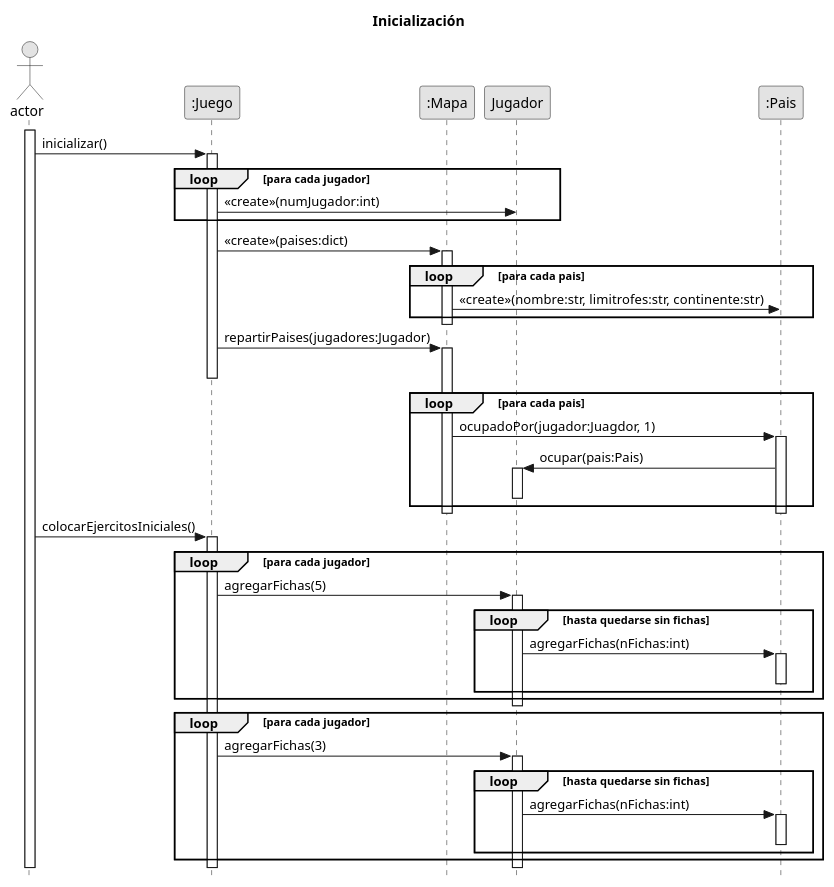
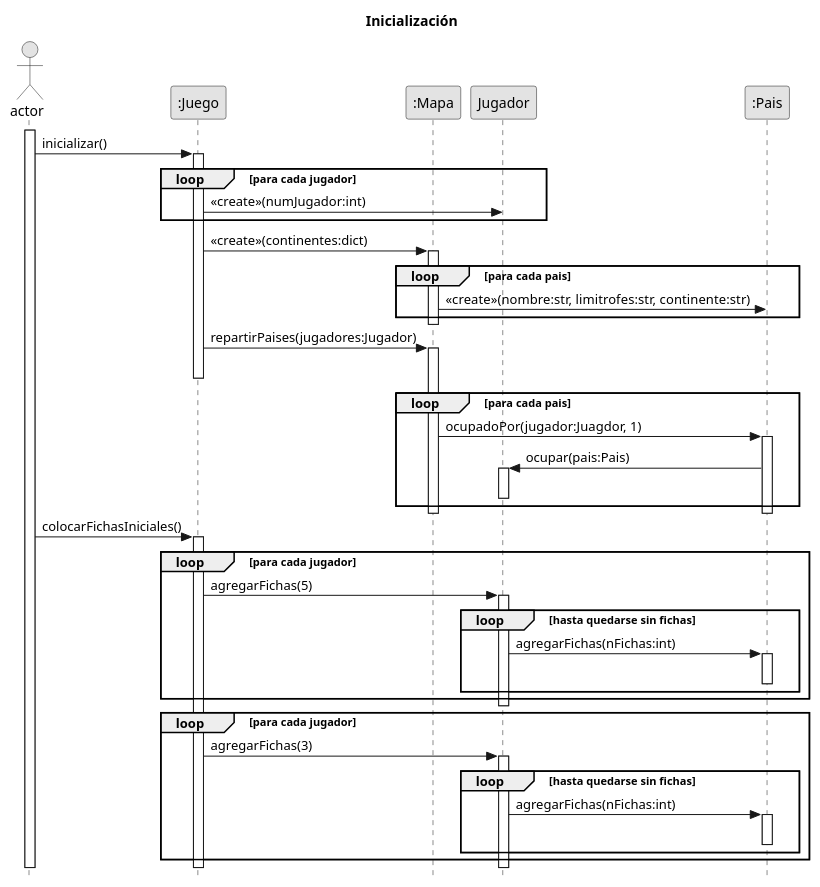
Before and after one commit to Gabrielsem/A.L.T.E.G.O.: the diagram in UML/inicializacion.plantuml, drawn with PlantUML. The commit also changed 3 other files, not shown here.

Commit message:
update Juego y mapa (inicializacion hardcodeada)

```diff
--- a/UML/inicializacion.plantuml
+++ b/UML/inicializacion.plantuml
@@ -1,81 +1,81 @@
 @startuml
 /'title Inicialización
 skinparam responseMessageBelowArrow true
 skinparam monochrome true
 skinparam style strictuml
 hide footbox
 
 Actor actor
 participant juego as ":Juego"
 participant jug as "Jugador"
 participant pais as ":Pais"
 
 actor ++
 actor -> juego ++: agregarPaises(paises)
 
 actor -> juego: inicializar()
 
 loop para cada pais
     juego -> jug: ocupar(pais)
     juego -> pais: ocupadoPor(jugador, 1)
 end loop
 '/
 
 title Inicialización
 skinparam responseMessageBelowArrow true
 skinparam monochrome true
 skinparam style strictuml
 hide footbox
 
 Actor actor
 participant juego as ":Juego"
 participant mapa as ":Mapa"
 participant jug as "Jugador"
 participant pais as ":Pais"
 
 actor ++
 actor -> juego++: inicializar()
 
 loop para cada jugador
     juego -> jug: <<create>>(numJugador:int)
 end loop
 
-juego -> mapa++: <<create>>(paises:dict)
+juego -> mapa++: <<create>>(continentes:dict)
 
 loop para cada pais
     mapa -> pais: <<create>>(nombre:str, limitrofes:str, continente:str)
 end loop
 mapa--
 
 juego -> mapa++: repartirPaises(jugadores:Jugador)
 juego--
 
 loop para cada pais
     mapa -> pais++: ocupadoPor(jugador:Juagdor, 1)
     pais -> jug++: ocupar(pais:Pais)
     jug--
 end loop
 mapa--
 pais--
 
-actor -> juego++: colocarEjercitosIniciales()
+actor -> juego++: colocarFichasIniciales()
 
 loop para cada jugador
     juego -> jug++: agregarFichas(5)
     loop hasta quedarse sin fichas
         jug -> pais++: agregarFichas(nFichas:int)
         pais--
     end loop
 end loop
 jug--
 
 loop para cada jugador
     juego -> jug++: agregarFichas(3)
     loop hasta quedarse sin fichas
         jug -> pais++: agregarFichas(nFichas:int)
         pais--
     end loop
 end loop
 
 
 @enduml
```
